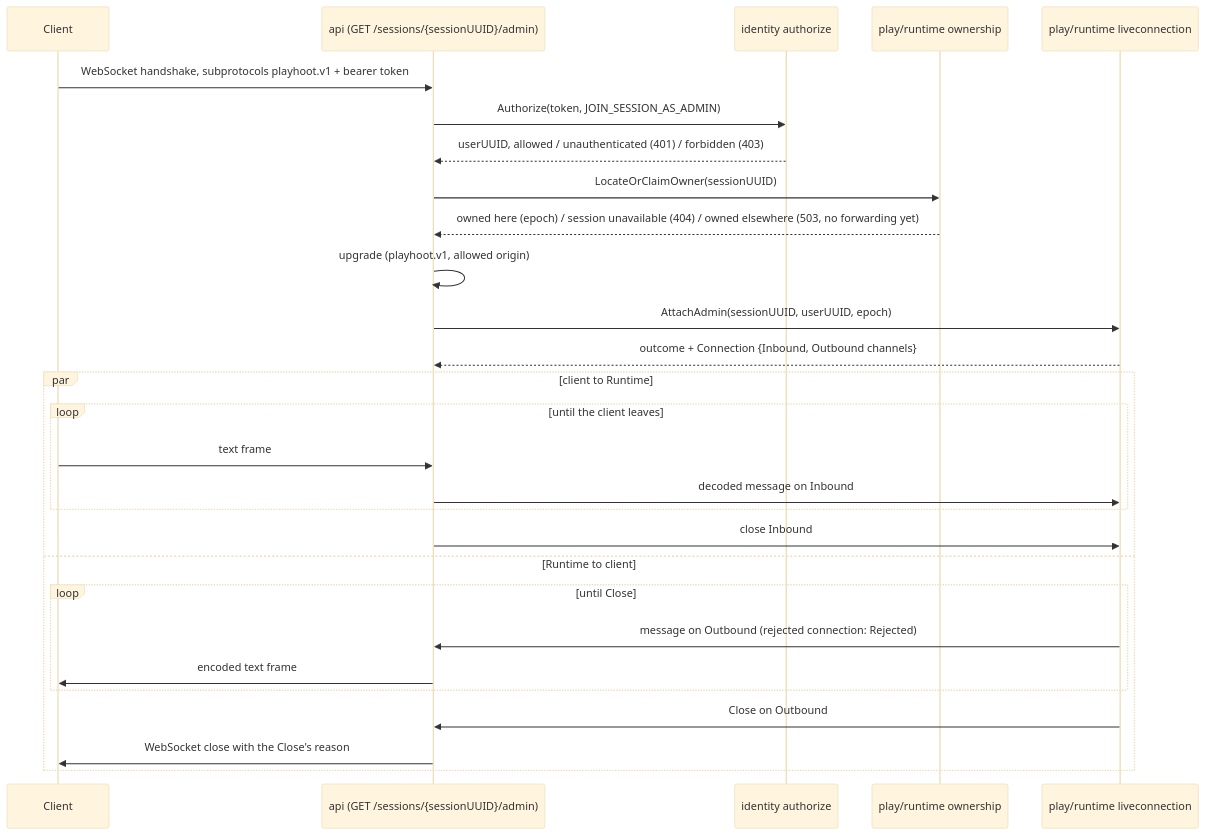
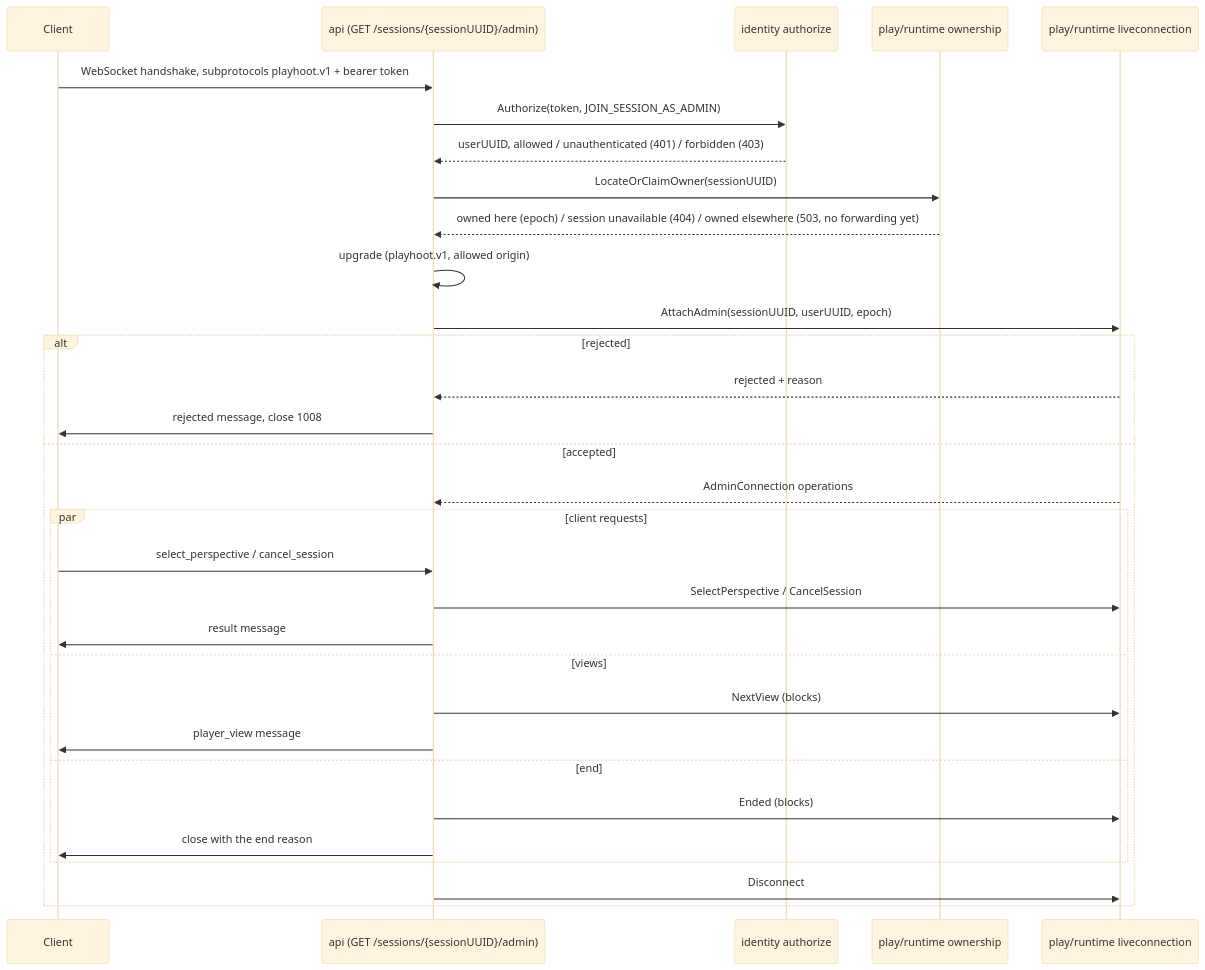
Before and after one commit to diegobermudez03/playhoot: the second of 2 diagrams in docs/architecture/CROSS_DOMAIN_FLOWS.md, drawn with Mermaid (base theme). The commit also changed other lines of this file and 24 other files, not shown here.

Commit message:
admin join with ws connection

````diff
--- a/docs/architecture/CROSS_DOMAIN_FLOWS.md
+++ b/docs/architecture/CROSS_DOMAIN_FLOWS.md
@@ -42,31 +42,34 @@
 ```mermaid
 sequenceDiagram
     participant Client
     participant API as api (GET /sessions/{sessionUUID}/admin)
     participant Identity as identity authorize
     participant Owner as play/runtime ownership
     participant Live as play/runtime liveconnection
 
     Client->>API: WebSocket handshake, subprotocols playhoot.v1 + bearer token
     API->>Identity: Authorize(token, JOIN_SESSION_AS_ADMIN)
     Identity-->>API: userUUID, allowed / unauthenticated (401) / forbidden (403)
     API->>Owner: LocateOrClaimOwner(sessionUUID)
     Owner-->>API: owned here (epoch) / session unavailable (404) / owned elsewhere (503, no forwarding yet)
     API->>API: upgrade (playhoot.v1, allowed origin)
     API->>Live: AttachAdmin(sessionUUID, userUUID, epoch)
-    Live-->>API: outcome + Connection {Inbound, Outbound channels}
-    par client to Runtime
-        loop until the client leaves
-            Client->>API: text frame
-            API->>Live: decoded message on Inbound
+    alt rejected
+        Live-->>API: rejected + reason
+        API->>Client: rejected message, close 1008
+    else accepted
+        Live-->>API: AdminConnection operations
+        par client requests
+            Client->>API: select_perspective / cancel_session
+            API->>Live: SelectPerspective / CancelSession
+            API->>Client: result message
+        and views
+            API->>Live: NextView (blocks)
+            API->>Client: player_view message
+        and end
+            API->>Live: Ended (blocks)
+            API->>Client: close with the end reason
         end
-        API->>Live: close Inbound
-    and Runtime to client
-        loop until Close
-            Live->>API: message on Outbound (rejected connection: Rejected)
-            API->>Client: encoded text frame
-        end
-        Live->>API: Close on Outbound
-        API->>Client: WebSocket close with the Close's reason
+        API->>Live: Disconnect
     end
 ```
````
